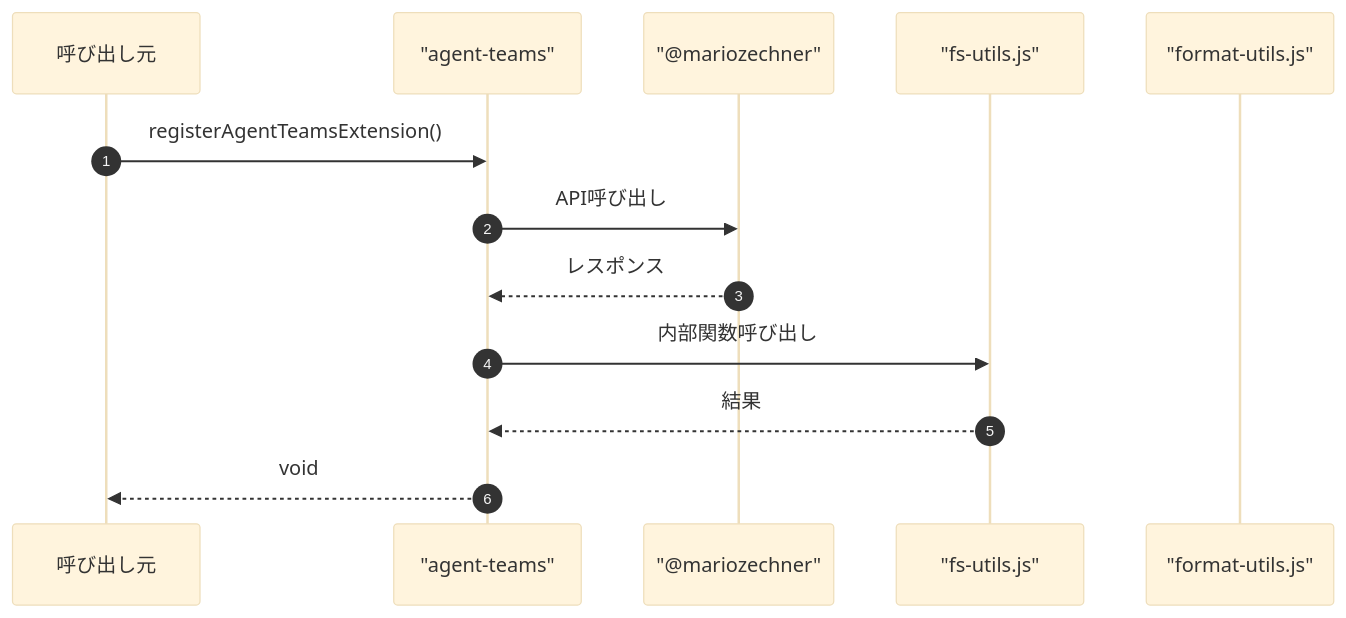
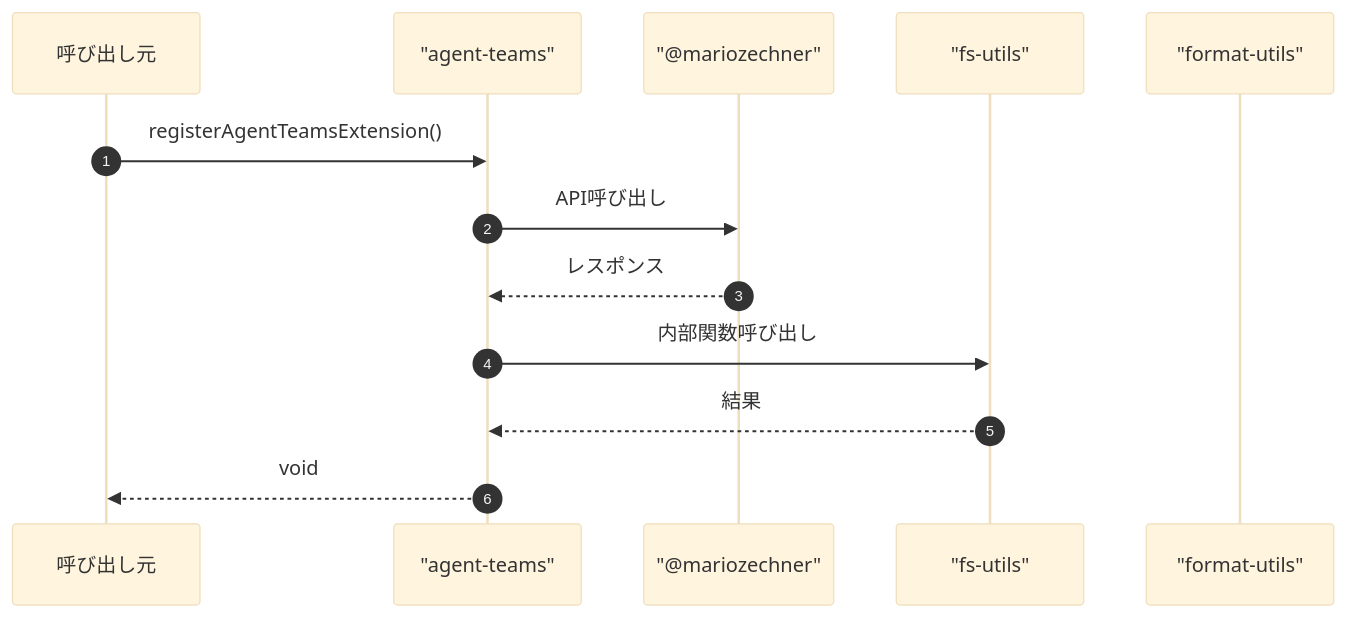
Before and after one commit to Mekann2904/mekann: the second of 2 diagrams in ABDD/.pi/extensions/agent-teams.md, drawn with Mermaid (base theme). The commit also changed other lines of this file and 174 other files, not shown here.

First line of the commit message:
fix(docs): ABDDのMermaid図生成エラーを修正する

````diff
--- a/ABDD/.pi/extensions/agent-teams.md
+++ b/ABDD/.pi/extensions/agent-teams.md
@@ -60,16 +60,16 @@
 ```mermaid
 sequenceDiagram
   autonumber
   participant Caller as 呼び出し元
   participant agent_teams as "agent-teams"
-  participant _mariozechner as "@mariozechner"
-  participant fs_utils_js as "fs-utils.js"
-  participant format_utils_js as "format-utils.js"
+  participant mariozechner as "@mariozechner"
+  participant fs_utils as "fs-utils"
+  participant format_utils as "format-utils"
 
   Caller->>agent_teams: registerAgentTeamsExtension()
-  agent_teams->>_mariozechner: API呼び出し
-  _mariozechner-->>agent_teams: レスポンス
-  agent_teams->>fs_utils_js: 内部関数呼び出し
-  fs_utils_js-->>agent_teams: 結果
+  agent_teams->>mariozechner: API呼び出し
+  mariozechner-->>agent_teams: レスポンス
+  agent_teams->>fs_utils: 内部関数呼び出し
+  fs_utils-->>agent_teams: 結果
   agent_teams-->>Caller: void
 ```
````
